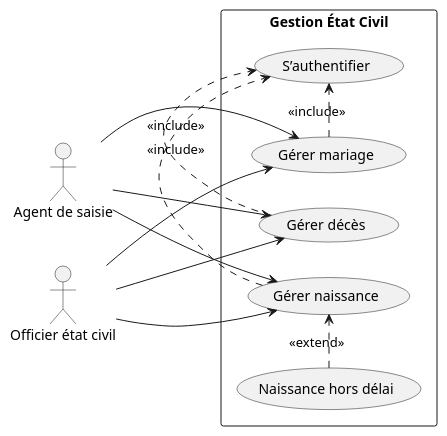
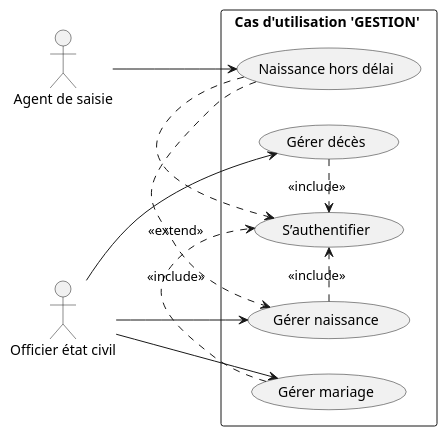
One commit to jospinQr/rdc_etat_civil_api changed the diagram in uml/.dragammeGestion.plantuml. Above: the diagram before and after it, drawn with PlantUML. The commit also changed 15 other files, not shown here.

Commit message:
Feat : Get Stat for Charting

```diff
--- a/uml/.dragammeGestion.plantuml
+++ b/uml/.dragammeGestion.plantuml
@@ -1,32 +1,31 @@
 @startuml
 left to right direction
 
 actor "Agent de saisie" as Agent
 actor "Officier état civil" as OEC
 
-rectangle "Gestion État Civil" {
+rectangle "Cas d'utilisation 'GESTION' " {
 
     usecase "S’authentifier" as Auth
 
     usecase "Gérer naissance" as Naissance
     usecase "Gérer mariage" as Mariage
     usecase "Gérer décès" as Deces
 
+
     usecase "Naissance hors délai" as HorsDelai
 }
 
-Agent --> Naissance
-Agent --> Mariage
-Agent --> Deces
-
+Agent --> HorsDelai
 OEC --> Naissance
 OEC --> Mariage
 OEC --> Deces
 
 Naissance .> Auth : <<include>>
 Mariage .> Auth : <<include>>
 Deces .> Auth : <<include>>
+HorsDelai .> Auth <<include>>
 
 HorsDelai .> Naissance : <<extend>>
 
 @enduml
```
